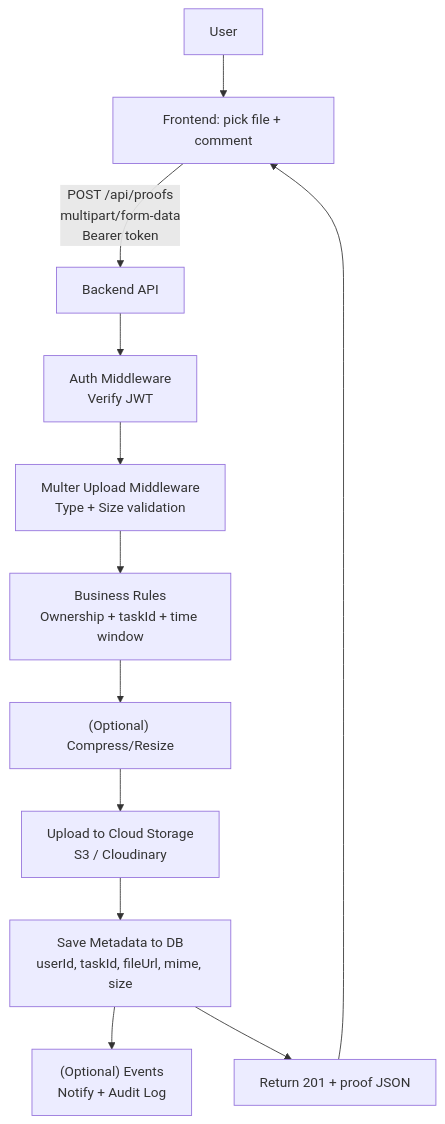
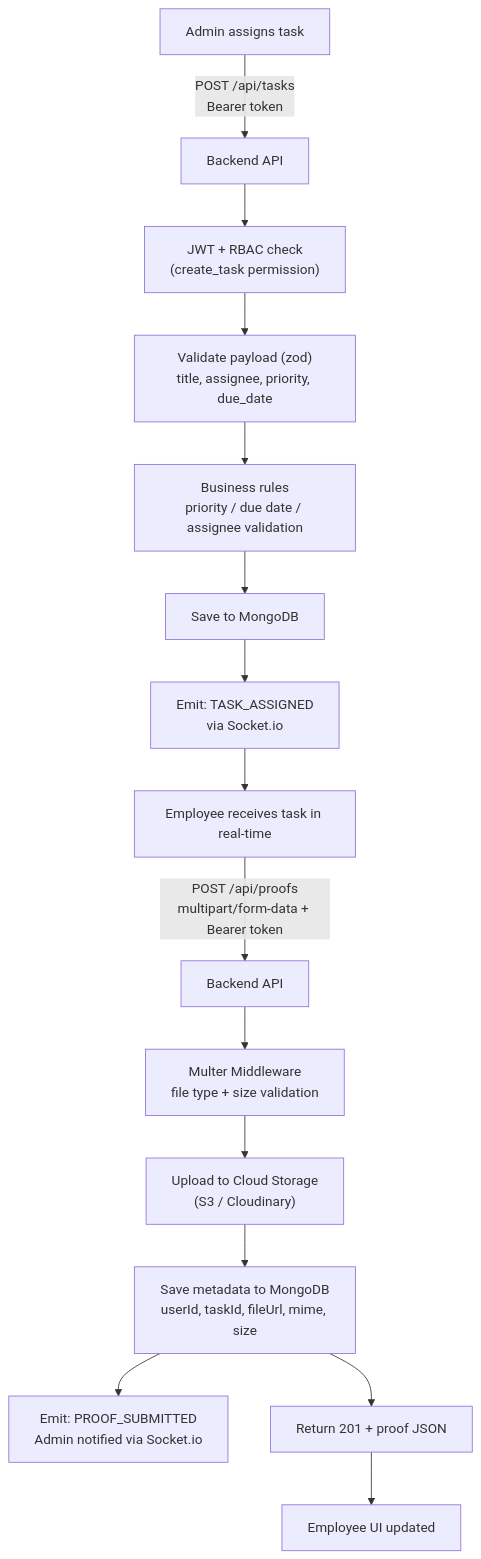
One commit to MRINALPRAKASHFSD/MINI_PROJECT_PARADIGM_SHIFT changed the third of 5 diagrams in README.md. Above: the diagram before and after it, drawn with Mermaid. The commit also changed other lines of this file, not shown here.

````diff
--- a/README.md
+++ b/README.md
@@ -253,15 +422,19 @@
 ```mermaid
 flowchart TB
-  U["User"] --> FE["Frontend: pick file + comment"]
-  FE -->|"POST /api/proofs\nmultipart/form-data\nBearer token"| API["Backend API"]
+  ADMIN["Admin assigns task"]
+  ADMIN -->|POST /api/tasks\nBearer token| API["Backend API"]
+  API --> AUTH["JWT + RBAC check\n(create_task permission)"]
+  AUTH --> VAL["Validate payload (zod)\ntitle, assignee, priority, due_date"]
+  VAL --> RULES["Business rules\npriority / due date / assignee validation"]
+  RULES --> DB["Save to MongoDB"]
+  DB --> EVT["Emit: TASK_ASSIGNED\nvia Socket.io"]
+  EVT --> EMP["Employee receives task in real-time"]
 
-  API --> AUTH["Auth Middleware\nVerify JWT"]
-  AUTH --> UP["Multer Upload Middleware\nType + Size validation"]
-  UP --> RULES["Business Rules\nOwnership + taskId + time window"]
-  RULES --> OPT["(Optional) Compress/Resize"]
-  OPT --> STORE["Upload to Cloud Storage\nS3 / Cloudinary"]
-  STORE --> META["Save Metadata to DB\nuserId, taskId, fileUrl, mime, size"]
-  META --> EVT["(Optional) Events\nNotify + Audit Log"]
+  EMP -->|POST /api/proofs\nmultipart/form-data + Bearer token| API2["Backend API"]
+  API2 --> UP["Multer Middleware\nfile type + size validation"]
+  UP --> STORE["Upload to Cloud Storage\n(S3 / Cloudinary)"]
+  STORE --> META["Save metadata to MongoDB\nuserId, taskId, fileUrl, mime, size"]
+  META --> NOTIF["Emit: PROOF_SUBMITTED\nAdmin notified via Socket.io"]
   META --> RESP["Return 201 + proof JSON"]
-  RESP --> FE
+  RESP --> FE["Employee UI updated"]
 ```
````
